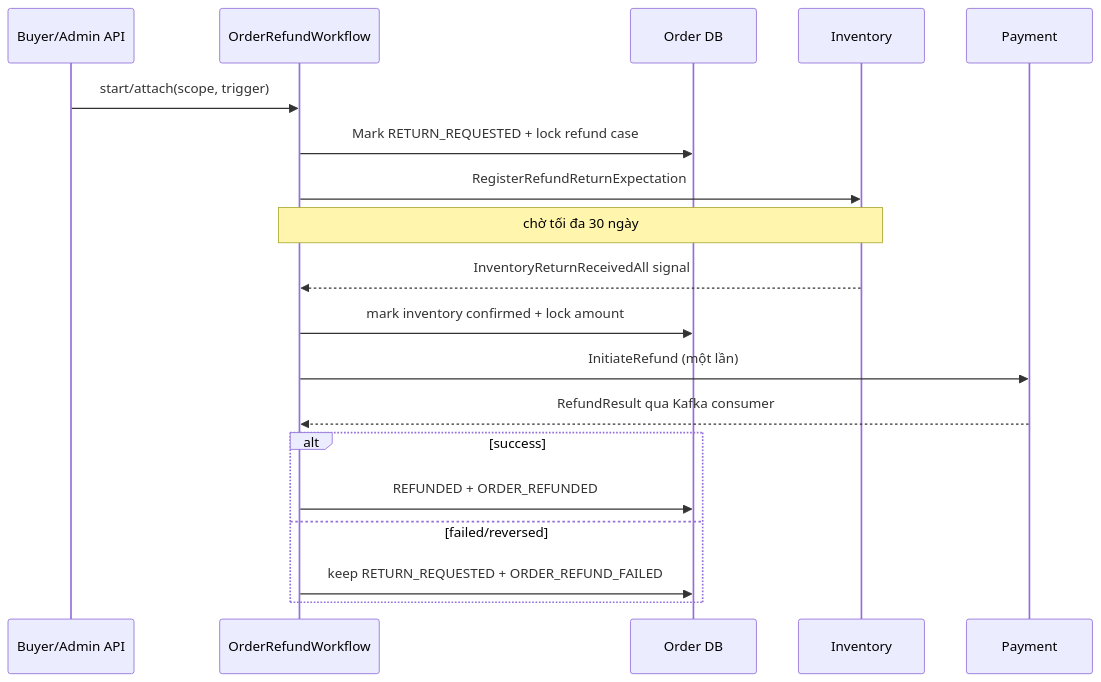
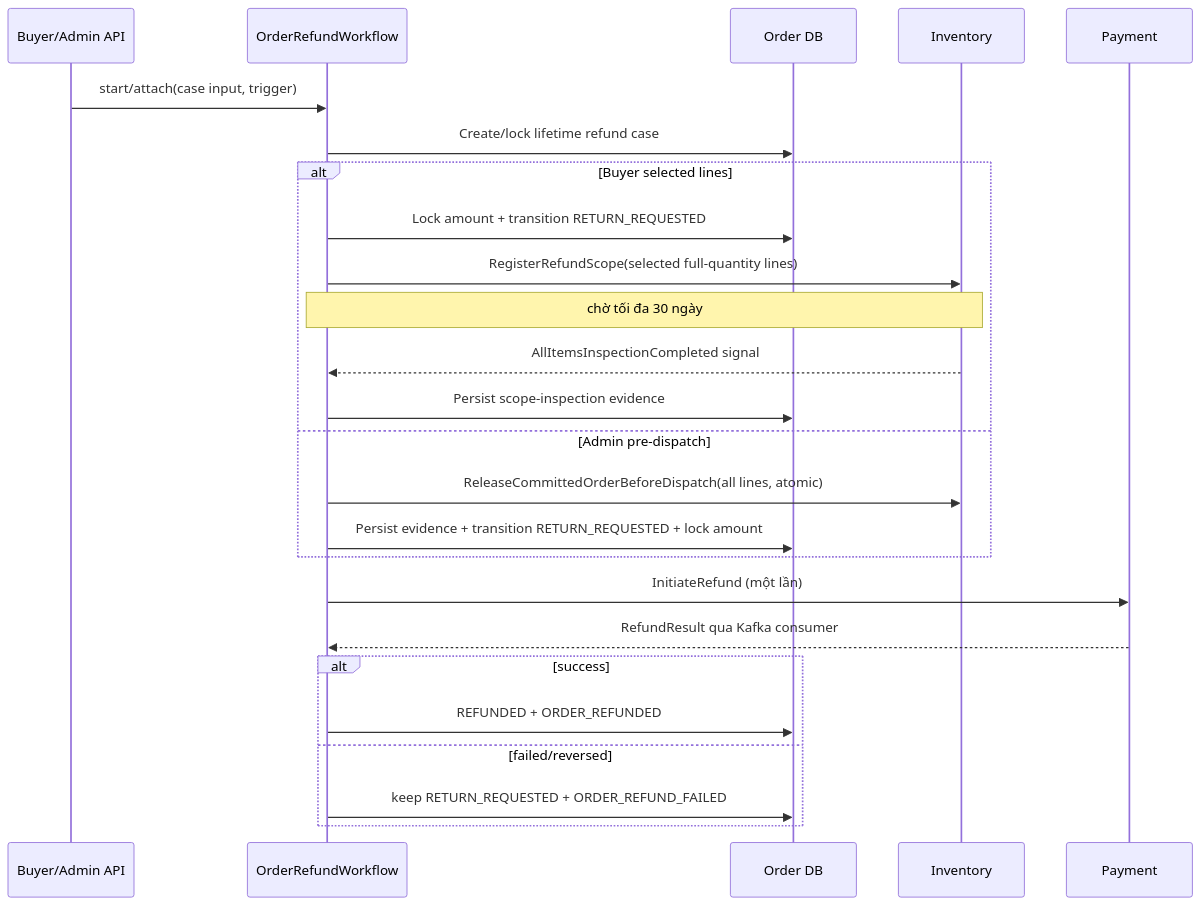
Before and after one commit to quangdung2110/e-commerce-microservices: the second of 2 diagrams in docs/order/workflows.md, drawn with Mermaid. The commit also changed other lines of this file and 15 other files, not shown here.

First line of the commit message:
docs(order): define lifetime selected-line refund policy

````diff
--- a/docs/order/workflows.md
+++ b/docs/order/workflows.md
@@ -283,21 +294,27 @@
 ```mermaid
 sequenceDiagram
   participant A as Buyer/Admin API
   participant T as OrderRefundWorkflow
   participant O as Order DB
   participant I as Inventory
   participant P as Payment
-  A->>T: start/attach(scope, trigger)
-  T->>O: Mark RETURN_REQUESTED + lock refund case
-  T->>I: RegisterRefundReturnExpectation
-  Note over T,I: chờ tối đa 30 ngày
-  I-->>T: InventoryReturnReceivedAll signal
-  T->>O: mark inventory confirmed + lock amount
+  A->>T: start/attach(case input, trigger)
+  T->>O: Create/lock lifetime refund case
+  alt Buyer selected lines
+    T->>O: Lock amount + transition RETURN_REQUESTED
+    T->>I: RegisterRefundScope(selected full-quantity lines)
+    Note over T,I: chờ tối đa 30 ngày
+    I-->>T: AllItemsInspectionCompleted signal
+    T->>O: Persist scope-inspection evidence
+  else Admin pre-dispatch
+    T->>I: ReleaseCommittedOrderBeforeDispatch(all lines, atomic)
+    T->>O: Persist evidence + transition RETURN_REQUESTED + lock amount
+  end
   T->>P: InitiateRefund (một lần)
   P-->>T: RefundResult qua Kafka consumer
   alt success
     T->>O: REFUNDED + ORDER_REFUNDED
   else failed/reversed
     T->>O: keep RETURN_REQUESTED + ORDER_REFUND_FAILED
   end
 ```
````
